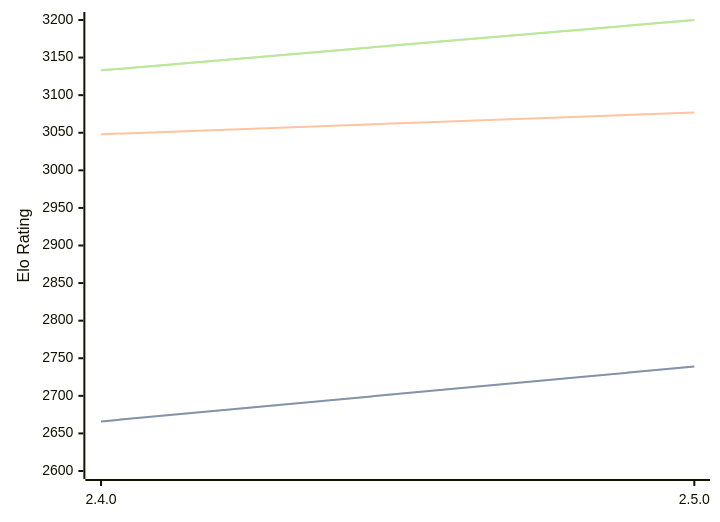
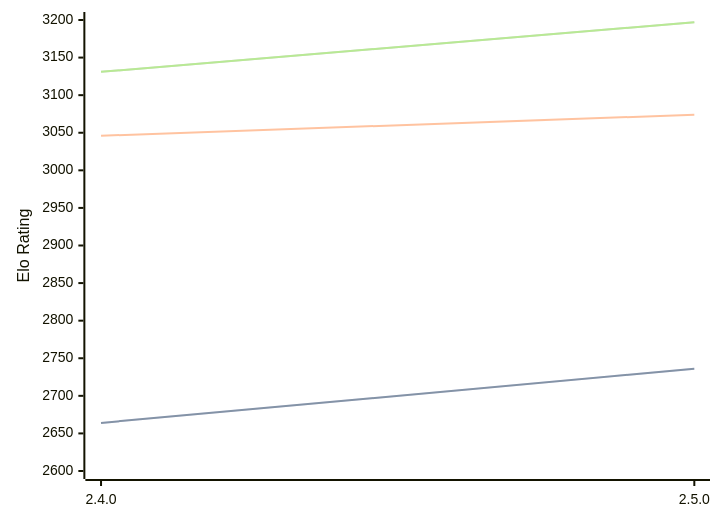
Before and after one commit to computer-chess-index/cci: the diagram in engines/Sturddle2.md, drawn with Mermaid. The commit also changed other lines of this file, not shown here.

Commit message:
Update CCI Ratings (ELO VLTC) - 2026-03-10

````diff
--- a/engines/Sturddle2.md
+++ b/engines/Sturddle2.md
@@ -35,11 +35,11 @@
 ```mermaid
 %%{init: {"theme":"base","themeVariables":{"seriesColors:['#a3a3a3','#222221','#faa371']}}}%%
 xychart-beta
   x-axis ["2.4.0", "2.5.0"]
   y-axis "Elo Rating" 2600 --> 3200
-  line "STC (8.0+0.08s)" [2666, 2739]
-  line "STC (8.0+0.08s)" [2666, 2739]
-  line "LTC (60.0+0.60s)" [3048, 3077]
-  line "VLTC (2m24s+1.12s)" [3133, 3200]
-  line "VLTC (2m24s+1.12s)" [3133, 3200]
+  line "STC (8.0+0.08s)" [2664, 2736]
+  line "STC (8.0+0.08s)" [2664, 2736]
+  line "LTC (60.0+0.60s)" [3046, 3074]
+  line "VLTC (2m24s+1.12s)" [3131, 3197]
+  line "VLTC (2m24s+1.12s)" [3131, 3197]
 ```
````
